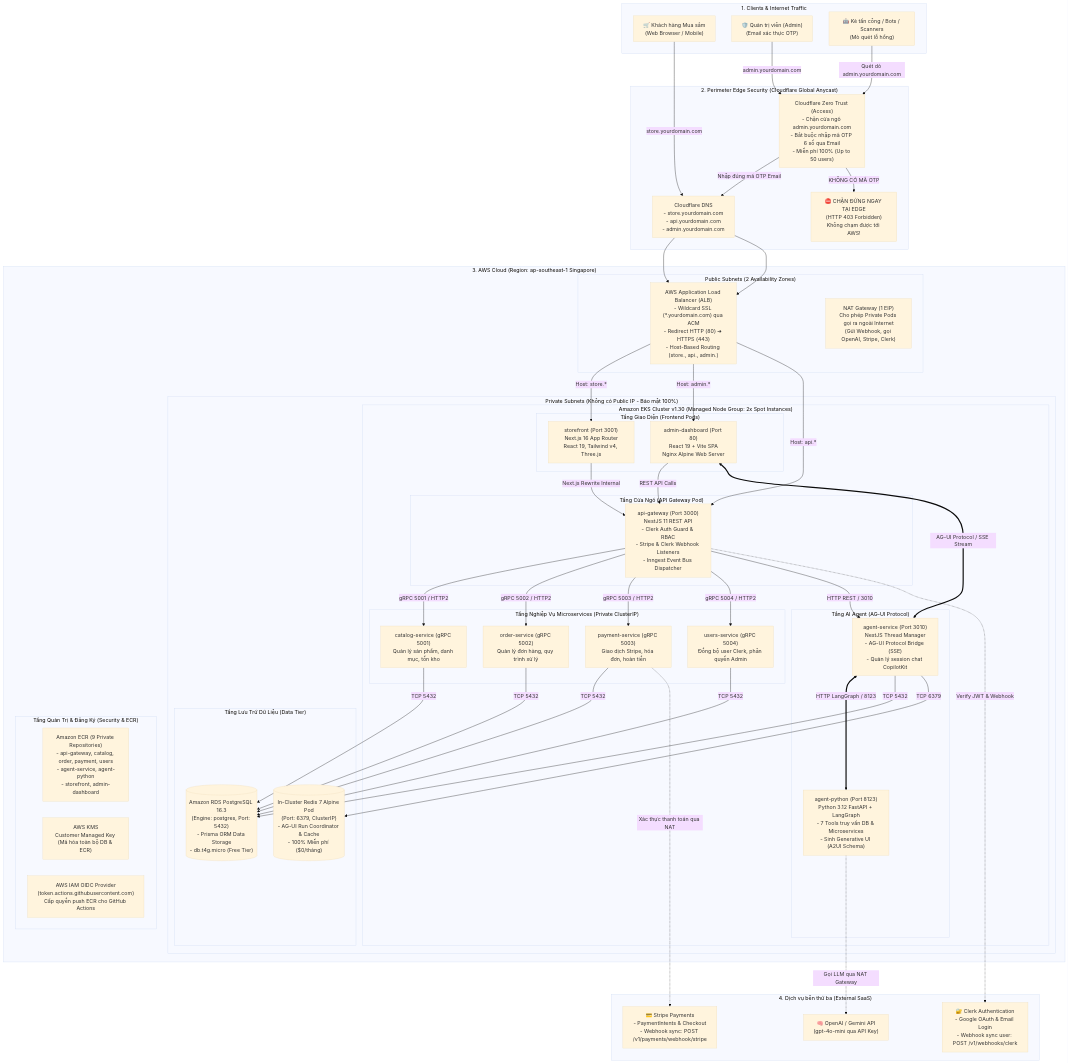
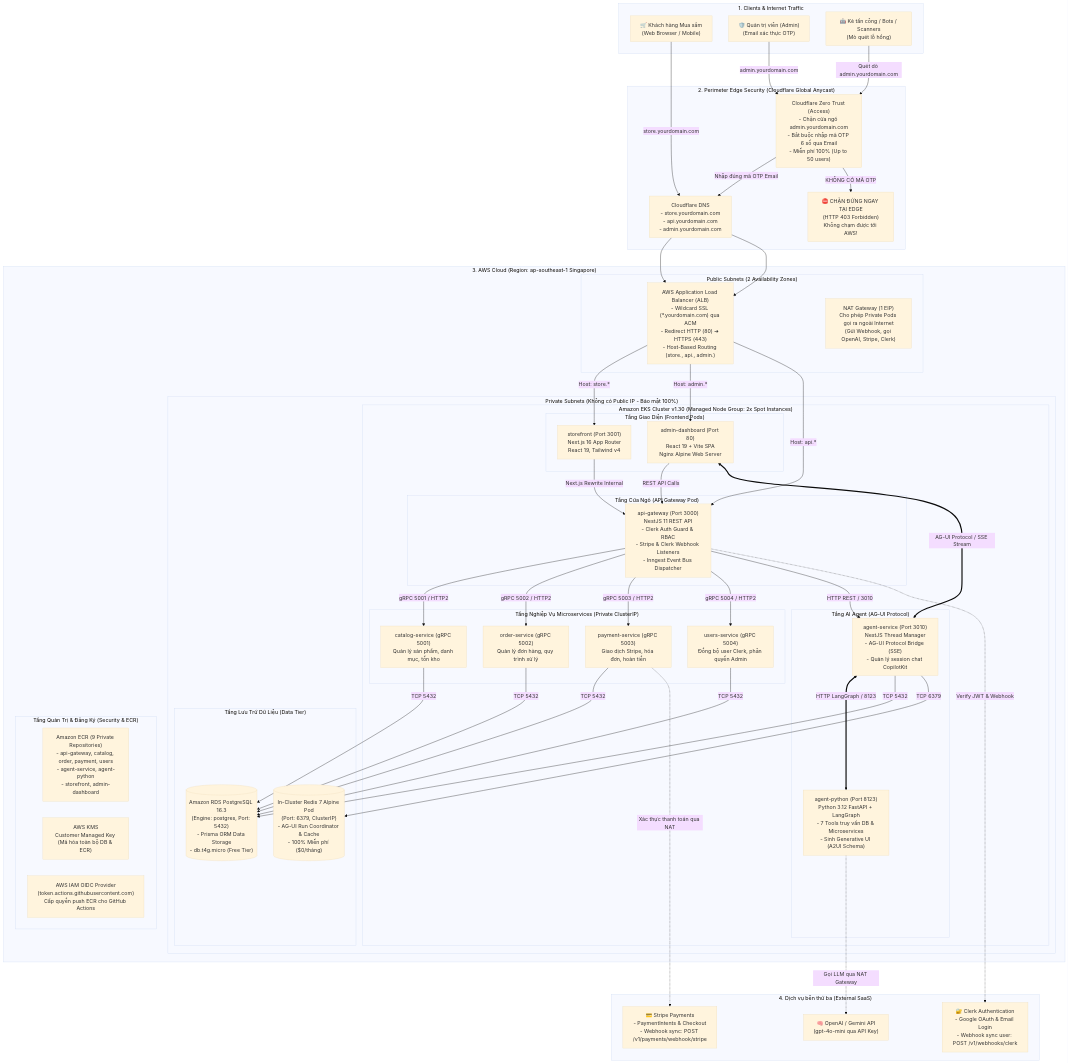
One commit to Hieuej147/ecommerce-devops changed the first of 2 diagrams in DEPLOYMENT_ARCHITECTURE.md. Above: the diagram before and after it, drawn with Mermaid (base theme). The commit also changed other lines of this file and 1 other file, not shown here.

Commit message:
docs: remove 3D canvas references in architecture docs

```diff
--- a/DEPLOYMENT_ARCHITECTURE.md
+++ b/DEPLOYMENT_ARCHITECTURE.md
@@ -32,7 +32,7 @@
         subgraph PrivateSubnets["Private Subnets (Không có Public IP - Bảo mật 100%)"]
             subgraph EKS["Amazon EKS Cluster v1.30 (Managed Node Group: 2x Spot Instances)"]
                 subgraph Frontends["Tầng Giao Diện (Frontend Pods)"]
-                    StorePod["storefront (Port 3001)\nNext.js 16 App Router\nReact 19, Tailwind v4, Three.js"]
+                    StorePod["storefront (Port 3001)\nNext.js 16 App Router\nReact 19, Tailwind v4"]
                     AdminPod["admin-dashboard (Port 80)\nReact 19 + Vite SPA\nNginx Alpine Web Server"]
                 end
 
```
